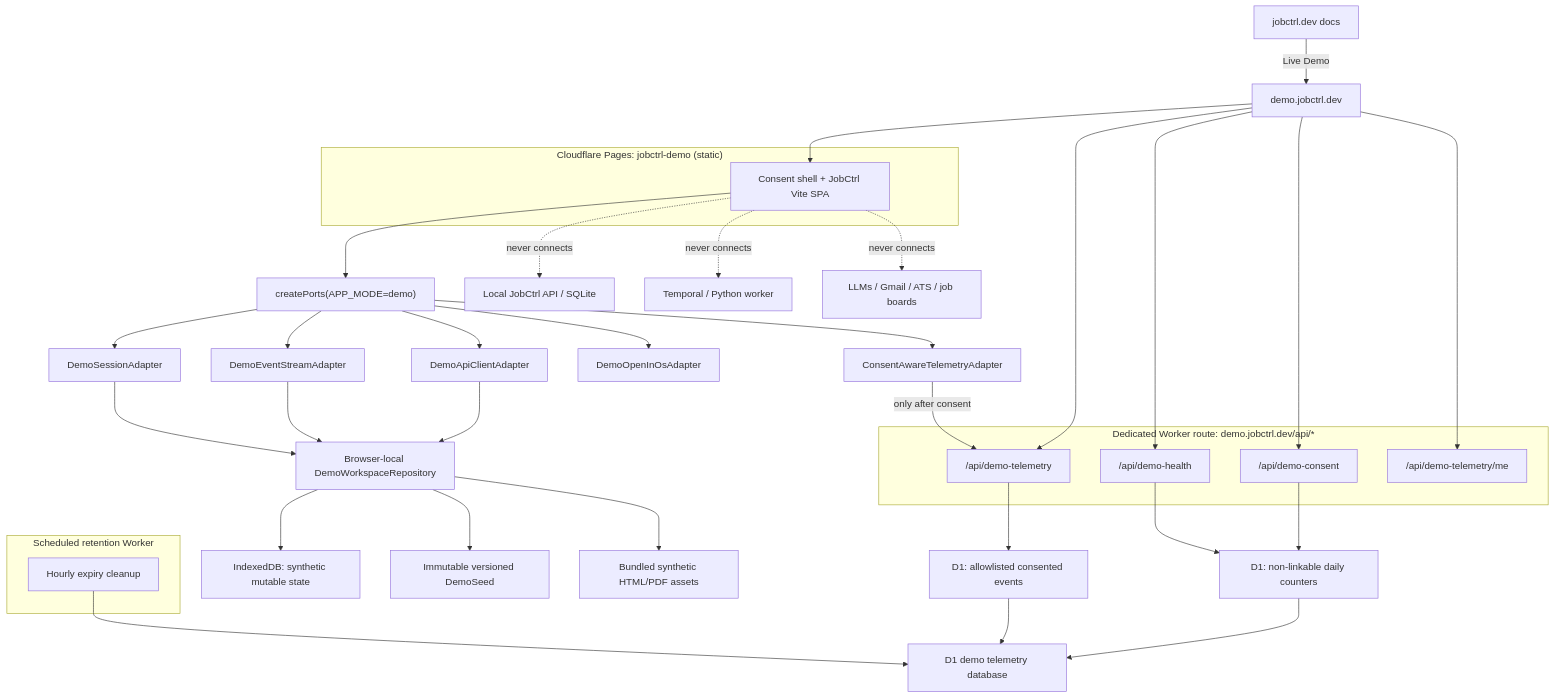
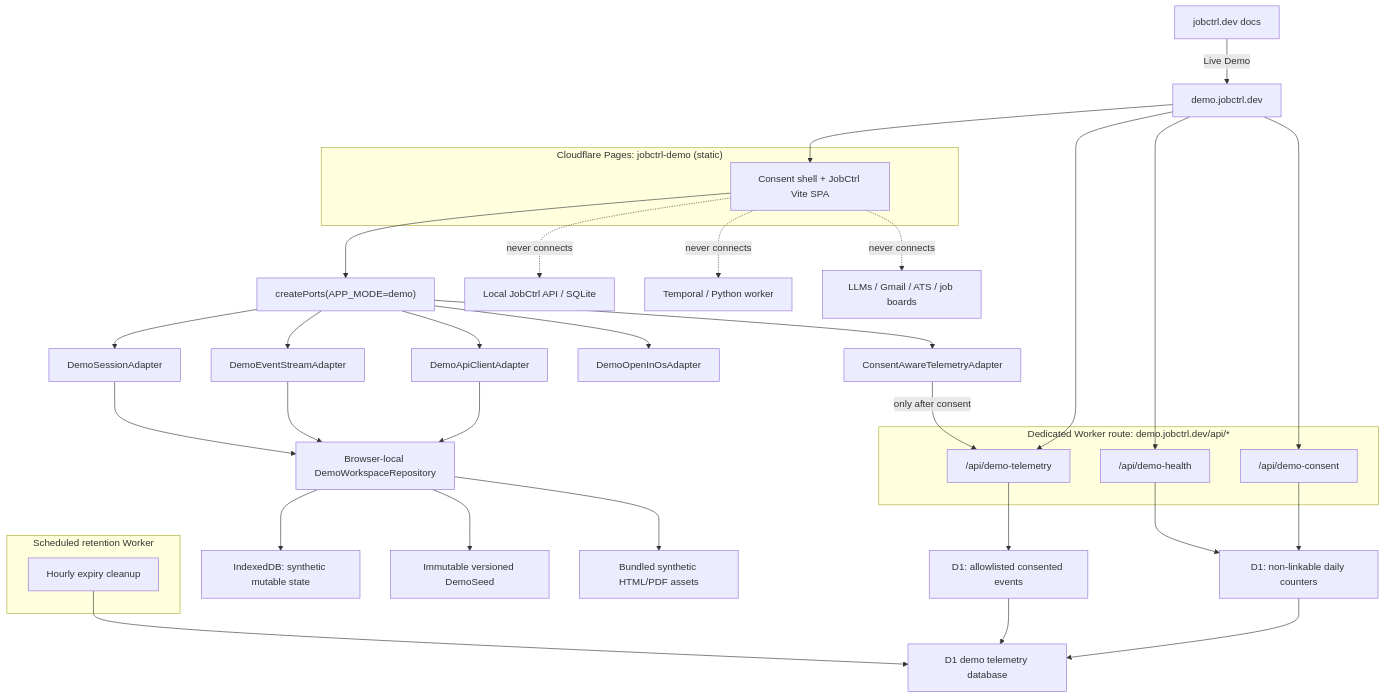
Before and after one commit to ebarti/JobCtrl: the first of 2 diagrams in docs/plans/2026-07-11-public-live-demo-plan.md, drawn with Mermaid.

Commit message:
docs: remove deferred demo erasure route

````diff
--- a/docs/plans/2026-07-11-public-live-demo-plan.md
+++ b/docs/plans/2026-07-11-public-live-demo-plan.md
@@ -317,51 +317,49 @@
 ```mermaid
 flowchart TD
     Docs["jobctrl.dev docs"] -->|"Live Demo"| Demo["demo.jobctrl.dev"]
 
     subgraph Pages["Cloudflare Pages: jobctrl-demo (static)"]
       SPA["Consent shell + JobCtrl Vite SPA"]
     end
 
     subgraph ApiWorker["Dedicated Worker route: demo.jobctrl.dev/api/*"]
       ConsentFn["/api/demo-consent"]
       HealthFn["/api/demo-health"]
       TelemetryFn["/api/demo-telemetry"]
-      DeleteFn["/api/demo-telemetry/me"]
     end
 
     subgraph RetentionWorker["Scheduled retention Worker"]
       Cleanup["Hourly expiry cleanup"]
     end
 
     Demo --> SPA
     Demo --> ConsentFn
     Demo --> HealthFn
     Demo --> TelemetryFn
-    Demo --> DeleteFn
 
     SPA --> Root["createPorts(APP_MODE=demo)"]
     Root --> DemoApi["DemoApiClientAdapter"]
     Root --> DemoEvents["DemoEventStreamAdapter"]
     Root --> DemoSession["DemoSessionAdapter"]
     Root --> DemoOpen["DemoOpenInOsAdapter"]
     Root --> ConsentTelemetry["ConsentAwareTelemetryAdapter"]
 
     DemoApi --> Workspace["Browser-local DemoWorkspaceRepository"]
     DemoEvents --> Workspace
     DemoSession --> Workspace
     Workspace --> IndexedDb["IndexedDB: synthetic mutable state"]
     Workspace --> Seed["Immutable versioned DemoSeed"]
     Workspace --> Artifacts["Bundled synthetic HTML/PDF assets"]
 
     ConsentFn --> Counters["D1: non-linkable daily counters"]
     HealthFn --> Counters
     ConsentTelemetry -->|"only after consent"| TelemetryFn
     TelemetryFn --> Events["D1: allowlisted consented events"]
     Counters --> D1["D1 demo telemetry database"]
     Events --> D1
     Cleanup --> D1
 
     SPA -. "never connects" .-> LocalApi["Local JobCtrl API / SQLite"]
     SPA -. "never connects" .-> Worker["Temporal / Python worker"]
     SPA -. "never connects" .-> External["LLMs / Gmail / ATS / job boards"]
 ```
````
